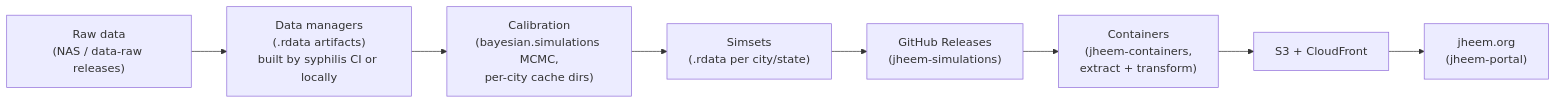
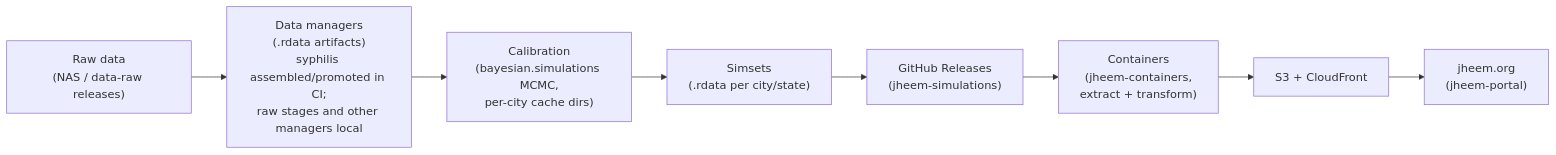
One commit to CIPHER-Epi/jheem-wiki changed the diagram in ecosystem-map.qmd. Above: the diagram before and after it, drawn with Mermaid. The commit also changed other lines of this file and 7 other files, not shown here.

````diff
--- a/ecosystem-map.qmd
+++ b/ecosystem-map.qmd
@@ -41,10 +41,10 @@
 ```{mermaid}
 flowchart LR
-    RAW["Raw data<br/>(NAS / data-raw releases)"] --> DM["Data managers<br/>(.rdata artifacts)<br/>built by syphilis CI or locally"]
+    RAW["Raw data<br/>(NAS / data-raw releases)"] --> DM["Data managers<br/>(.rdata artifacts)<br/>syphilis assembled/promoted in CI;<br/>raw stages and other managers local"]
     DM --> CAL["Calibration<br/>(bayesian.simulations MCMC,<br/>per-city cache dirs)"]
     CAL --> SIM["Simsets<br/>(.rdata per city/state)"]
     SIM --> REL["GitHub Releases<br/>(jheem-simulations)"]
     REL --> CONT["Containers<br/>(jheem-containers,<br/>extract + transform)"]
     CONT --> S3["S3 + CloudFront"]
     S3 --> PORTAL["jheem.org<br/>(jheem-portal)"]
 ```
````
